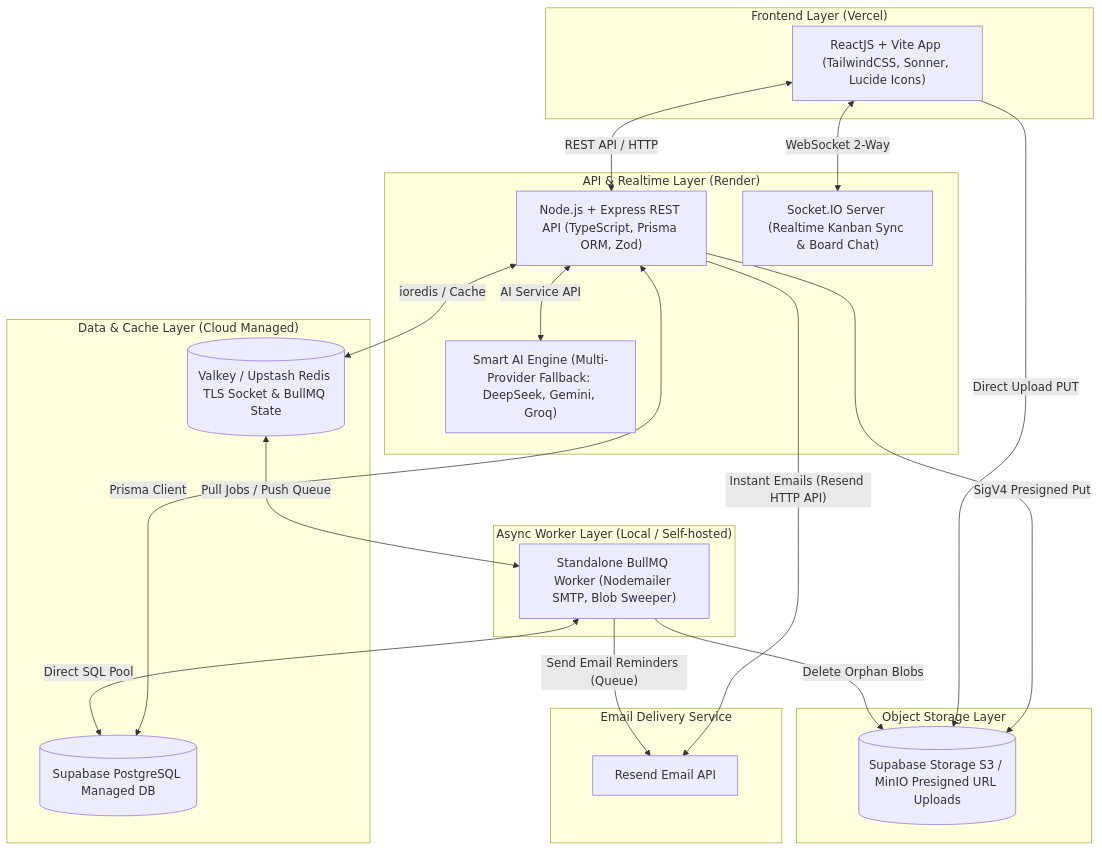
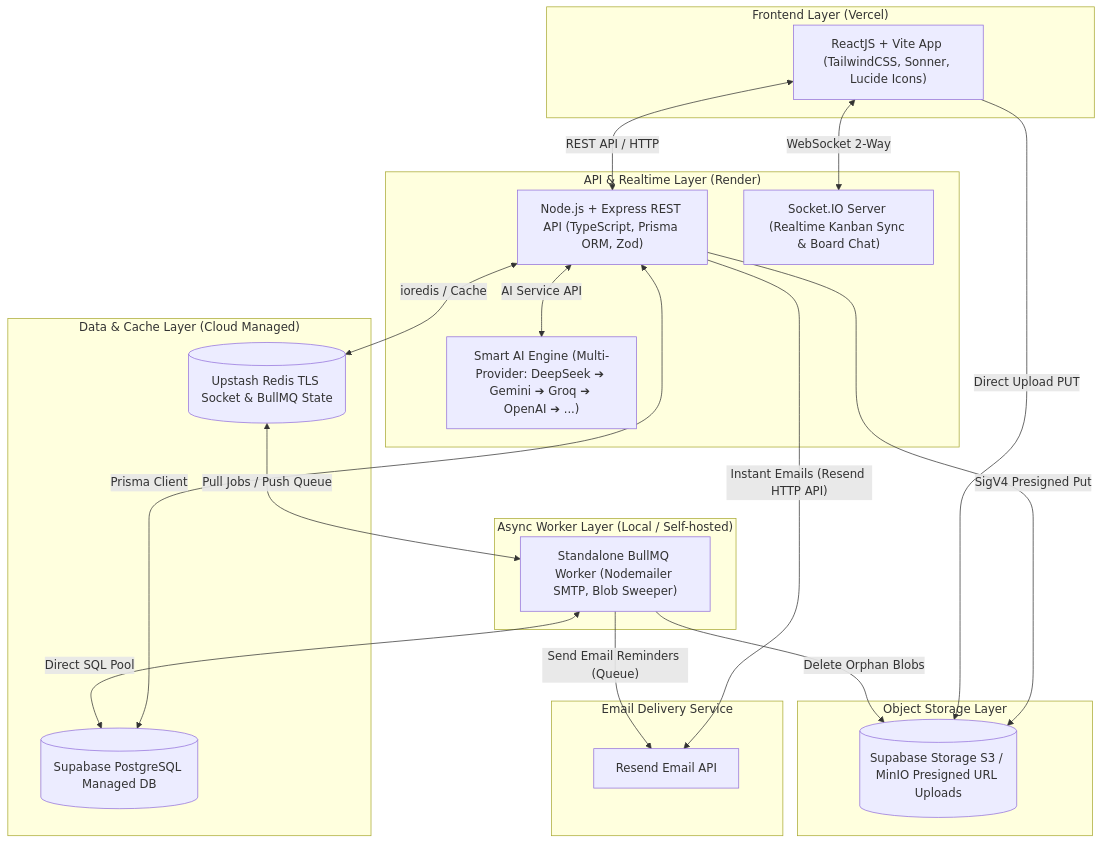
The diagram in README.md (tvquang0511/TeamHub), drawn with Mermaid before and after one commit. The commit also changed 2 other files, not shown here.

Commit message:
chore: minor adjust

````diff
--- a/README.md
+++ b/README.md
@@ -111,43 +111,43 @@
 ```mermaid
 flowchart TD
     subgraph ClientLayer ["Frontend Layer (Vercel)"]
         FE["ReactJS + Vite App (TailwindCSS, Sonner, Lucide Icons)"]
     end
 
     subgraph APILayer ["API & Realtime Layer (Render)"]
         API["Node.js + Express REST API (TypeScript, Prisma ORM, Zod)"]
         SOCKET["Socket.IO Server (Realtime Kanban Sync & Board Chat)"]
-        AI["Smart AI Engine (Multi-Provider Fallback: DeepSeek, Gemini, Groq)"]
+        AI["Smart AI Engine (Multi-Provider: DeepSeek ➔ Gemini ➔ Groq ➔ OpenAI ➔ ...)"]
     end
 
     subgraph DataLayer ["Data & Cache Layer (Cloud Managed)"]
         DB[("Supabase PostgreSQL Managed DB")]
-        REDIS[("Valkey / Upstash Redis TLS Socket & BullMQ State")]
+        REDIS[("Upstash Redis TLS Socket & BullMQ State")]
     end
 
     subgraph WorkerLayer ["Async Worker Layer (Local / Self-hosted)"]
         WORKER["Standalone BullMQ Worker (Nodemailer SMTP, Blob Sweeper)"]
     end
 
     subgraph StorageLayer ["Object Storage Layer"]
         S3[("Supabase Storage S3 / MinIO Presigned URL Uploads")]
     end
 
     subgraph EmailLayer ["Email Delivery Service"]
         RESEND["Resend Email API"]
     end
 
     FE <-->|"REST API / HTTP"| API
     FE <-->|"WebSocket 2-Way"| SOCKET
     API <-->|"AI Service API"| AI
     API <-->|"Prisma Client"| DB
     API <-->|"ioredis / Cache"| REDIS
     API -->|"SigV4 Presigned Put"| S3
     FE -->|"Direct Upload PUT"| S3
     API -->|"Instant Emails (Resend HTTP API)"| RESEND
     
     REDIS <-->|"Pull Jobs / Push Queue"| WORKER
     WORKER <-->|"Direct SQL Pool"| DB
     WORKER -->|"Delete Orphan Blobs"| S3
     WORKER -->|"Send Email Reminders (Queue)"| RESEND
 ```
````
